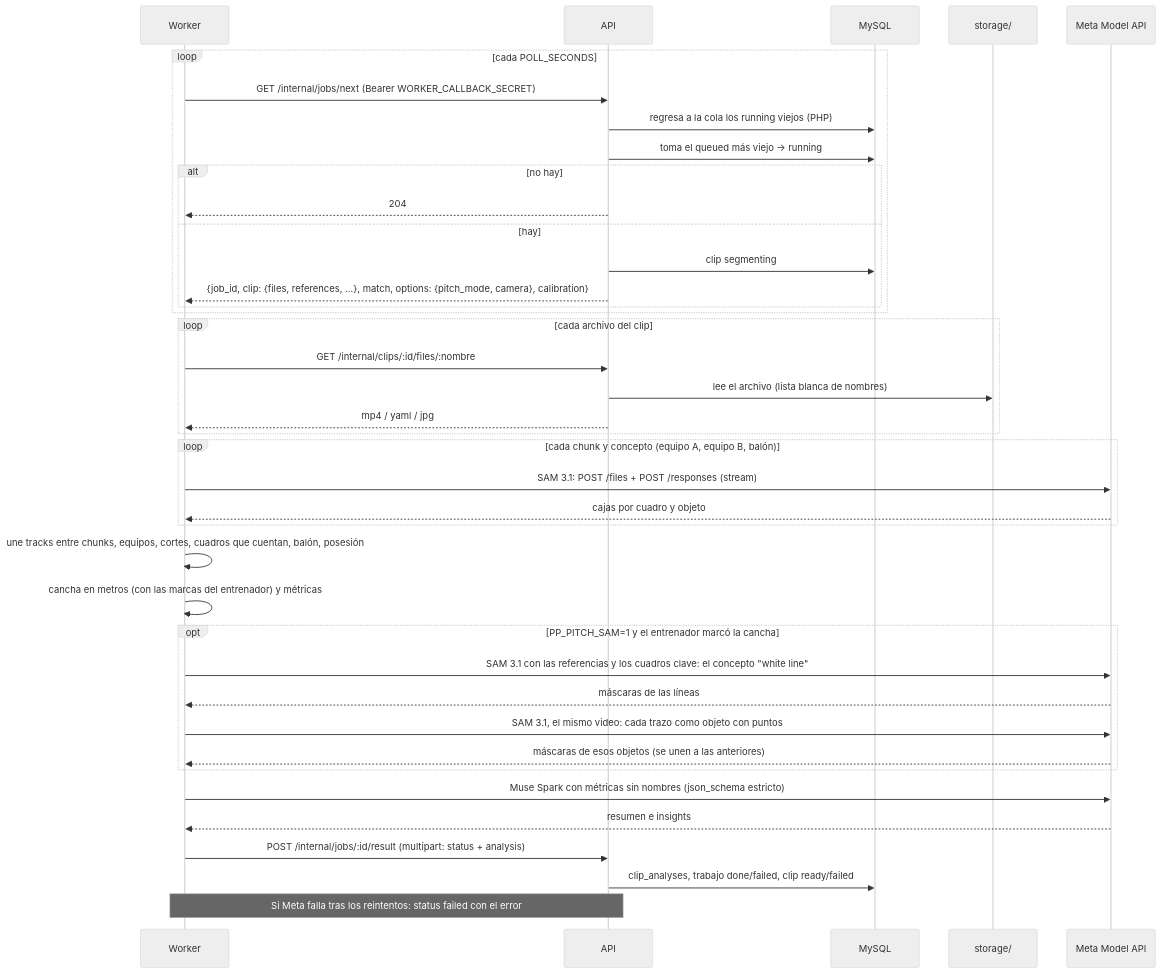
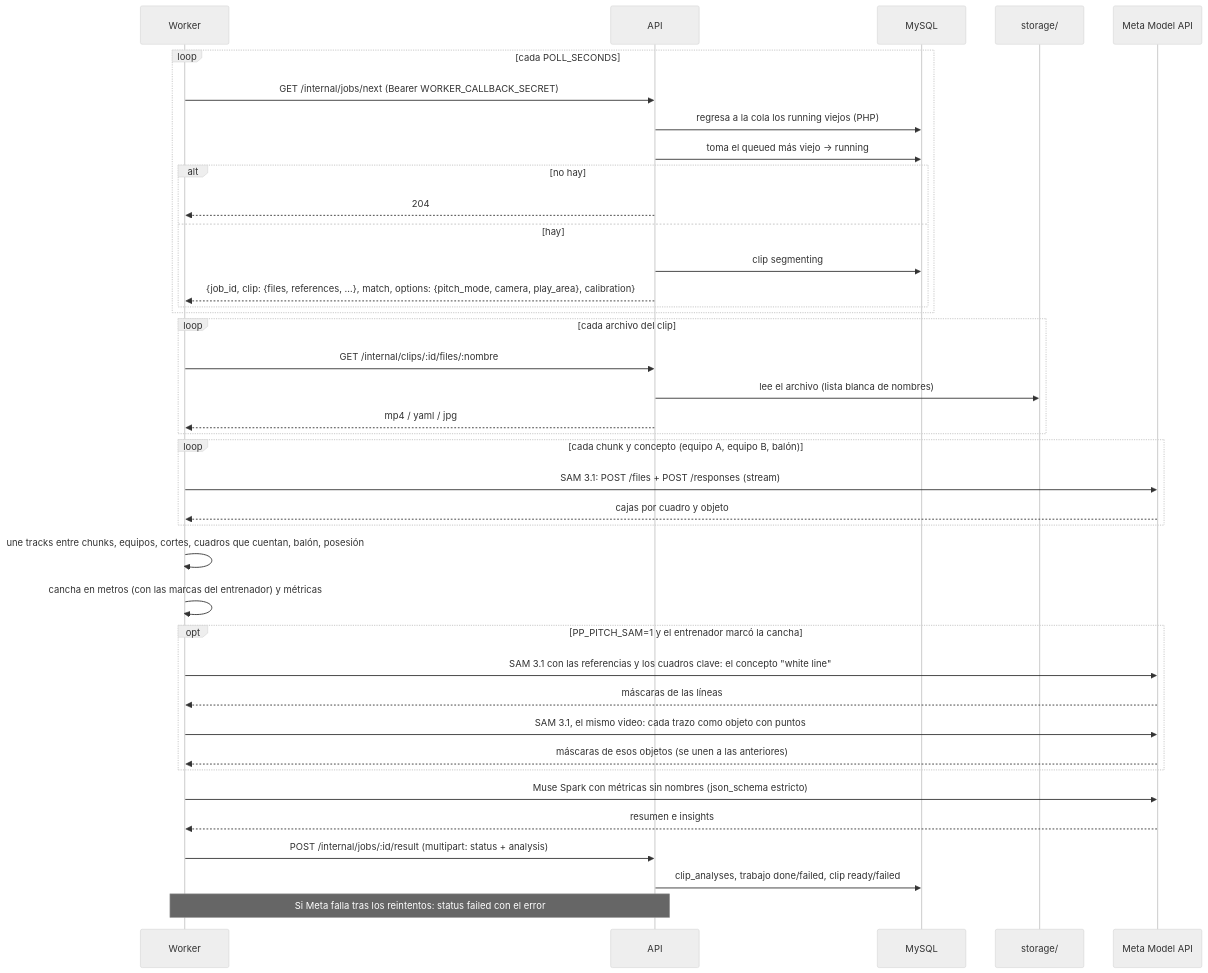
The sixth of 7 diagrams in docs/arquitectura/04-flujos.md (pepemxl/meta-ai-hackathon-2026), drawn with Mermaid (neutral theme) before and after one commit. The commit also changed other lines of this file and 32 other files, not shown here.

````diff
--- a/docs/arquitectura/04-flujos.md
+++ b/docs/arquitectura/04-flujos.md
@@ -205,42 +205,42 @@
 ```mermaid
 sequenceDiagram
     participant W as Worker
     participant API as API
     participant DB as MySQL
     participant FS as storage/
     participant M as Meta Model API
 
     loop cada POLL_SECONDS
         W->>API: GET /internal/jobs/next (Bearer WORKER_CALLBACK_SECRET)
         API->>DB: regresa a la cola los running viejos (PHP)
         API->>DB: toma el queued más viejo → running
         alt no hay
             API-->>W: 204
         else hay
             API->>DB: clip segmenting
-            API-->>W: {job_id, clip: {files, references, …}, match, options: {pitch_mode, camera}, calibration}
+            API-->>W: {job_id, clip: {files, references, …}, match, options: {pitch_mode, camera, play_area}, calibration}
         end
     end
     loop cada archivo del clip
         W->>API: GET /internal/clips/:id/files/:nombre
         API->>FS: lee el archivo (lista blanca de nombres)
         API-->>W: mp4 / yaml / jpg
     end
     loop cada chunk y concepto (equipo A, equipo B, balón)
         W->>M: SAM 3.1: POST /files + POST /responses (stream)
         M-->>W: cajas por cuadro y objeto
     end
     W->>W: une tracks entre chunks, equipos, cortes, cuadros que cuentan, balón, posesión
     W->>W: cancha en metros (con las marcas del entrenador) y métricas
     opt PP_PITCH_SAM=1 y el entrenador marcó la cancha
         W->>M: SAM 3.1 con las referencias y los cuadros clave: el concepto "white line"
         M-->>W: máscaras de las líneas
         W->>M: SAM 3.1, el mismo video: cada trazo como objeto con puntos
         M-->>W: máscaras de esos objetos (se unen a las anteriores)
     end
     W->>M: Muse Spark con métricas sin nombres (json_schema estricto)
     M-->>W: resumen e insights
     W->>API: POST /internal/jobs/:id/result (multipart: status + analysis)
     API->>DB: clip_analyses, trabajo done/failed, clip ready/failed
     Note over W,API: Si Meta falla tras los reintentos: status failed con el error
 ```
````
